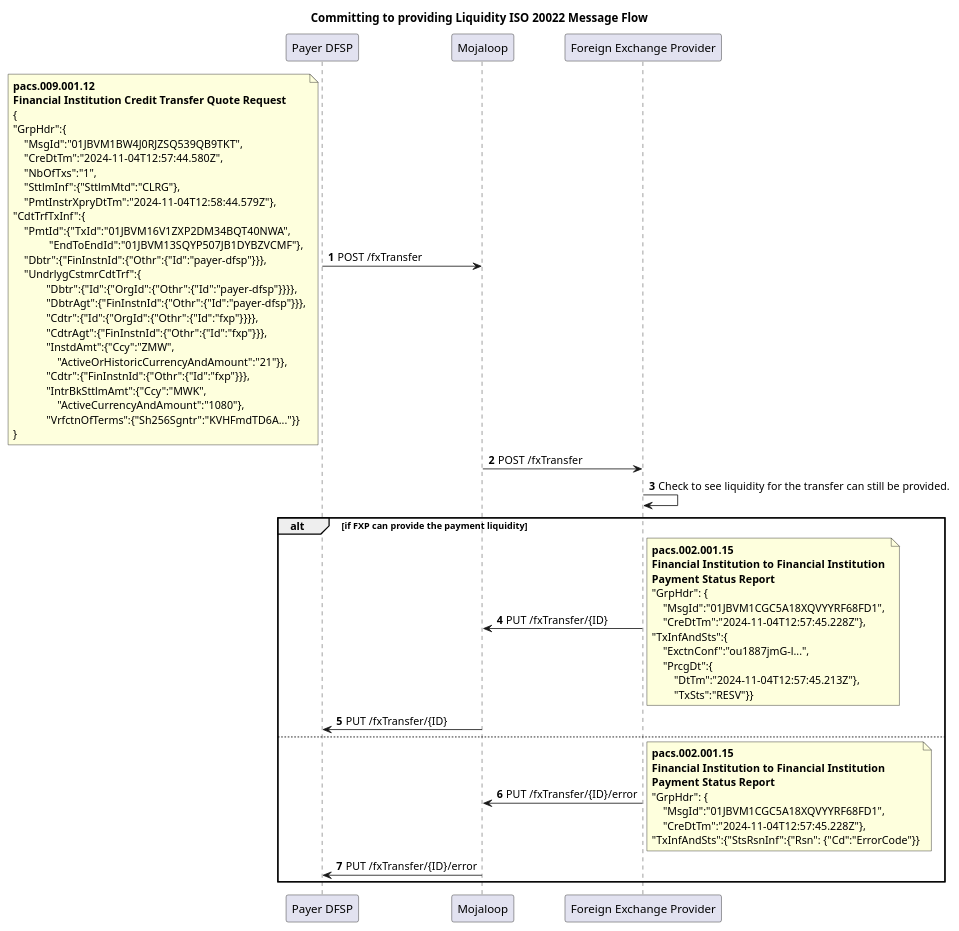
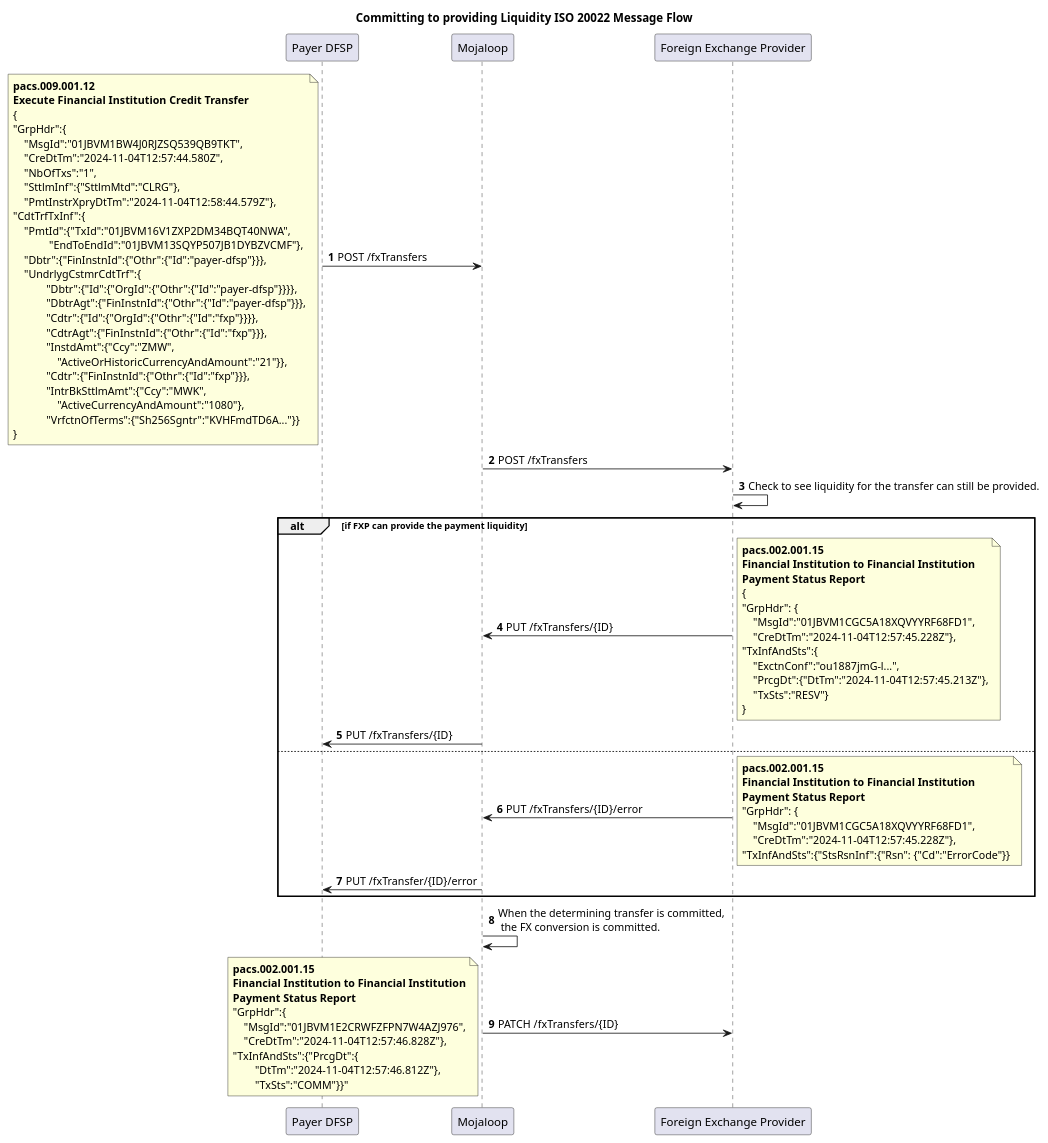
The diagram in Workstream documents/MarketPracticeDoc/SequenceDiagrams/ConversionTransfer.plantuml (mojaloop/iso-20022-docs), drawn with PlantUML before and after one commit. The commit also changed 50 other files, not shown here.

Commit message:
Added script to generate tables from Open API specification and XML ISO 20022 schema definitions. Completed message definitions.

```diff
--- a/Workstream documents/MarketPracticeDoc/SequenceDiagrams/ConversionTransfer.plantuml
+++ b/Workstream documents/MarketPracticeDoc/SequenceDiagrams/ConversionTransfer.plantuml
@@ -1,73 +1,88 @@
 @startuml
 
 Title Committing to providing Liquidity ISO 20022 Message Flow
 participant PayerDFSP as "Payer DFSP"
 participant Mojaloop as "Mojaloop"
 participant FXP as "Foreign Exchange Provider"
 
 autonumber
 
-PayerDFSP -> Mojaloop: POST /fxTransfer
+PayerDFSP -> Mojaloop: POST /fxTransfers
 note left
 **pacs.009.001.12**
-**Financial Institution Credit Transfer Quote Request**
+**Execute Financial Institution Credit Transfer**
 {
 "GrpHdr":{
     "MsgId":"01JBVM1BW4J0RJZSQ539QB9TKT",
     "CreDtTm":"2024-11-04T12:57:44.580Z",
     "NbOfTxs":"1",
     "SttlmInf":{"SttlmMtd":"CLRG"},
     "PmtInstrXpryDtTm":"2024-11-04T12:58:44.579Z"},
 "CdtTrfTxInf":{
     "PmtId":{"TxId":"01JBVM16V1ZXP2DM34BQT40NWA",
              "EndToEndId":"01JBVM13SQYP507JB1DYBZVCMF"},
     "Dbtr":{"FinInstnId":{"Othr":{"Id":"payer-dfsp"}}},
     "UndrlygCstmrCdtTrf":{
             "Dbtr":{"Id":{"OrgId":{"Othr":{"Id":"payer-dfsp"}}}},
             "DbtrAgt":{"FinInstnId":{"Othr":{"Id":"payer-dfsp"}}},
             "Cdtr":{"Id":{"OrgId":{"Othr":{"Id":"fxp"}}}},
             "CdtrAgt":{"FinInstnId":{"Othr":{"Id":"fxp"}}},
             "InstdAmt":{"Ccy":"ZMW",
                 "ActiveOrHistoricCurrencyAndAmount":"21"}},
             "Cdtr":{"FinInstnId":{"Othr":{"Id":"fxp"}}},
             "IntrBkSttlmAmt":{"Ccy":"MWK",
                 "ActiveCurrencyAndAmount":"1080"},
             "VrfctnOfTerms":{"Sh256Sgntr":"KVHFmdTD6A..."}}
 }
 end note
-Mojaloop -> FXP: POST /fxTransfer
+Mojaloop -> FXP: POST /fxTransfers
 FXP -> FXP: Check to see liquidity for the transfer can still be provided.  
 alt if FXP can provide the payment liquidity
-FXP -> Mojaloop: PUT /fxTransfer/{ID}
+FXP -> Mojaloop: PUT /fxTransfers/{ID}
 note right
 **pacs.002.001.15**
 **Financial Institution to Financial Institution** 
 **Payment Status Report**
+{
 "GrpHdr": {
     "MsgId":"01JBVM1CGC5A18XQVYYRF68FD1",
     "CreDtTm":"2024-11-04T12:57:45.228Z"},
 "TxInfAndSts":{
     "ExctnConf":"ou1887jmG-l...",
-    "PrcgDt":{
-        "DtTm":"2024-11-04T12:57:45.213Z"},
-        "TxSts":"RESV"}}
+    "PrcgDt":{"DtTm":"2024-11-04T12:57:45.213Z"},
+    "TxSts":"RESV"}
+}
 end note
-Mojaloop -> PayerDFSP: PUT /fxTransfer/{ID}
+Mojaloop -> PayerDFSP: PUT /fxTransfers/{ID}
 
 else
 
-FXP -> Mojaloop: PUT /fxTransfer/{ID}/error 
+FXP -> Mojaloop: PUT /fxTransfers/{ID}/error 
 note right
 **pacs.002.001.15**
 **Financial Institution to Financial Institution** 
 **Payment Status Report**
 "GrpHdr": {
     "MsgId":"01JBVM1CGC5A18XQVYYRF68FD1",
     "CreDtTm":"2024-11-04T12:57:45.228Z"},
 "TxInfAndSts":{"StsRsnInf":{"Rsn": {"Cd":"ErrorCode"}}
 end note
 Mojaloop -> PayerDFSP: PUT /fxTransfer/{ID}/error 
 end
 
+Mojaloop -> Mojaloop: When the determining transfer is committed, \n the FX conversion is committed.
+
+Mojaloop->FXP: PATCH /fxTransfers/{ID}
+note left
+**pacs.002.001.15**
+**Financial Institution to Financial Institution**
+**Payment Status Report**
+"GrpHdr":{
+    "MsgId":"01JBVM1E2CRWFZFPN7W4AZJ976",
+    "CreDtTm":"2024-11-04T12:57:46.828Z"},
+"TxInfAndSts":{"PrcgDt":{
+        "DtTm":"2024-11-04T12:57:46.812Z"},
+        "TxSts":"COMM"}}"        
+end note
 
 @enduml
```
